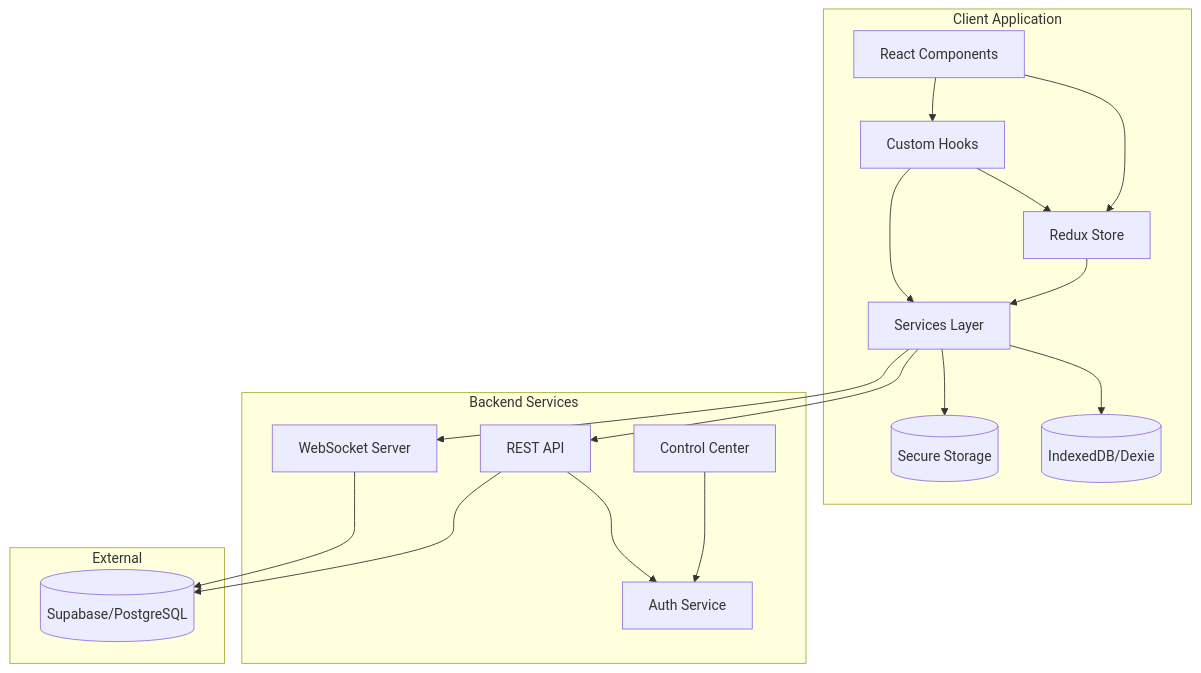
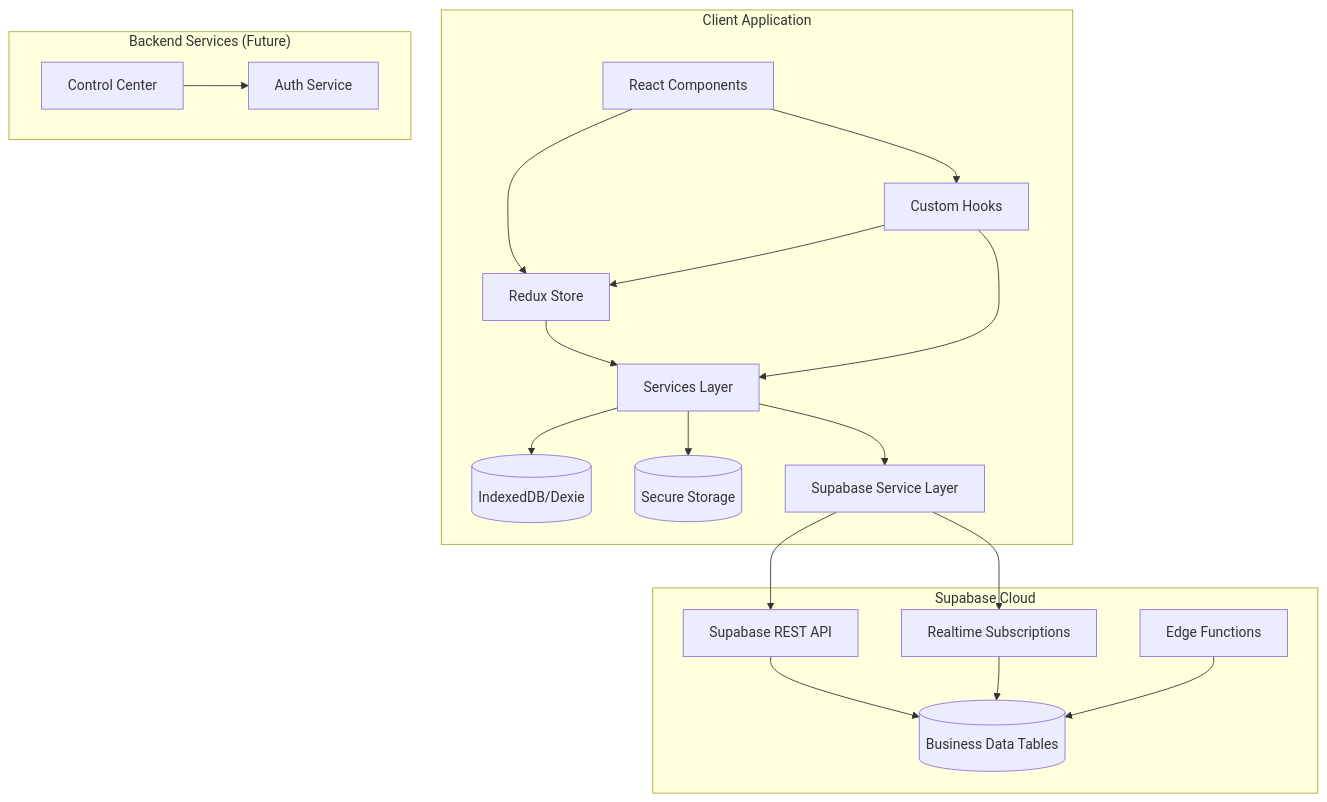
One commit to toanmango432/stage-mangobiz changed the first of 8 diagrams in docs/architecture/TECHNICAL_DOCUMENTATION.md. Above: the diagram before and after it, drawn with Mermaid. The commit also changed other lines of this file and 360 other files, not shown here.

First line of the commit message:
feat: Major update - Client CRM module, test fixes, schema v12

````diff
--- a/docs/architecture/TECHNICAL_DOCUMENTATION.md
+++ b/docs/architecture/TECHNICAL_DOCUMENTATION.md
@@ -54,36 +54,39 @@
 ```mermaid
 flowchart TB
     subgraph Client["Client Application"]
         UI[React Components]
         Redux[Redux Store]
         Hooks[Custom Hooks]
         Services[Services Layer]
+        SupabaseService[Supabase Service Layer]
         DB[(IndexedDB/Dexie)]
         SecureStore[(Secure Storage)]
     end
 
-    subgraph Backend["Backend Services"]
-        API[REST API]
-        WS[WebSocket Server]
+    subgraph Supabase["Supabase Cloud"]
+        SupabaseAPI[Supabase REST API]
+        RealtimeSub[Realtime Subscriptions]
+        BusinessDB[(Business Data Tables)]
+        EdgeFn[Edge Functions]
+    end
+
+    subgraph Backend["Backend Services (Future)"]
         Auth[Auth Service]
         CC[Control Center]
-    end
-
-    subgraph External["External"]
-        Supabase[(Supabase/PostgreSQL)]
     end
 
     UI --> Redux
     UI --> Hooks
     Hooks --> Redux
     Hooks --> Services
     Redux --> Services
     Services --> DB
     Services --> SecureStore
-    Services --> API
-    Services --> WS
-    API --> Auth
-    API --> Supabase
+    Services --> SupabaseService
+    SupabaseService --> SupabaseAPI
+    SupabaseService --> RealtimeSub
+    SupabaseAPI --> BusinessDB
+    RealtimeSub --> BusinessDB
+    EdgeFn --> BusinessDB
     CC --> Auth
-    WS --> Supabase
 ```
````
